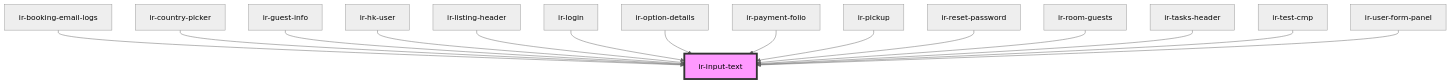
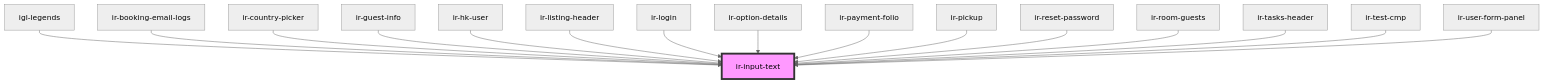
The diagram in src/components/ui/ir-input-text/readme.md (RonyRizk/ir-webcmp), drawn with Mermaid (neutral theme) before and after one commit. The commit also changed other lines of this file and 38 other files, not shown here.

````diff
--- a/src/components/ui/ir-input-text/readme.md
+++ b/src/components/ui/ir-input-text/readme.md
@@ -122,18 +123,19 @@
 ```mermaid
 graph TD;
+  igl-legends --> ir-input-text
   ir-booking-email-logs --> ir-input-text
   ir-country-picker --> ir-input-text
   ir-guest-info --> ir-input-text
   ir-hk-user --> ir-input-text
   ir-listing-header --> ir-input-text
   ir-login --> ir-input-text
   ir-option-details --> ir-input-text
   ir-payment-folio --> ir-input-text
   ir-pickup --> ir-input-text
   ir-reset-password --> ir-input-text
   ir-room-guests --> ir-input-text
   ir-tasks-header --> ir-input-text
   ir-test-cmp --> ir-input-text
   ir-user-form-panel --> ir-input-text
   style ir-input-text fill:#f9f,stroke:#333,stroke-width:4px
 ```
````
